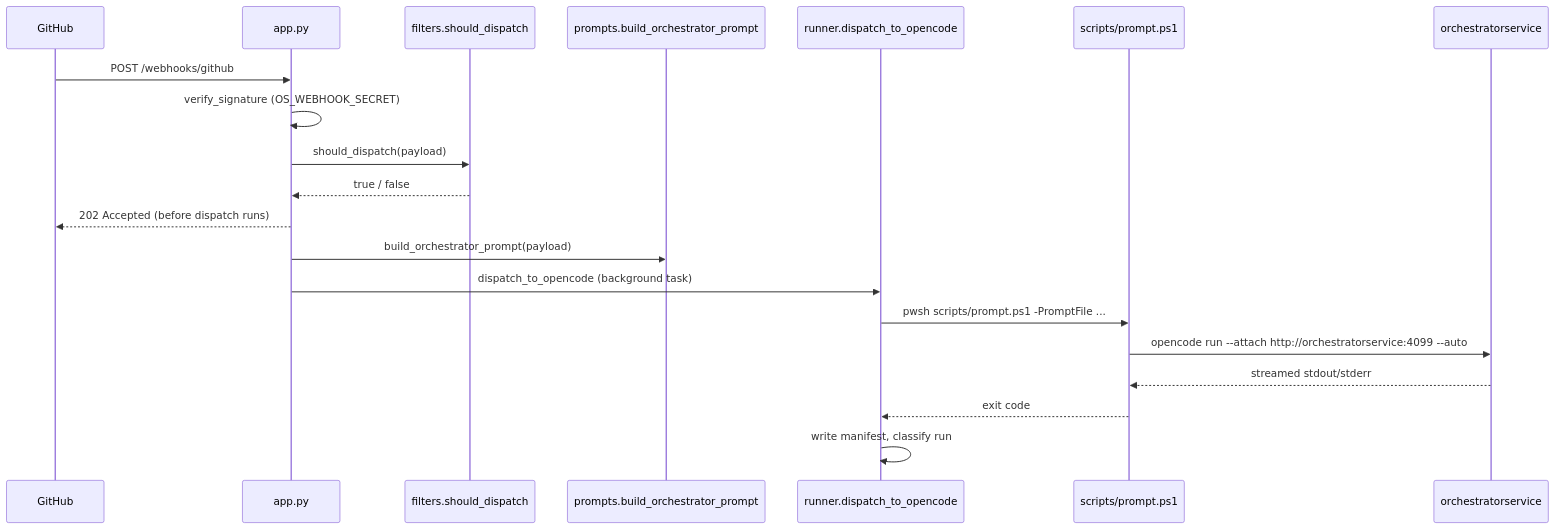
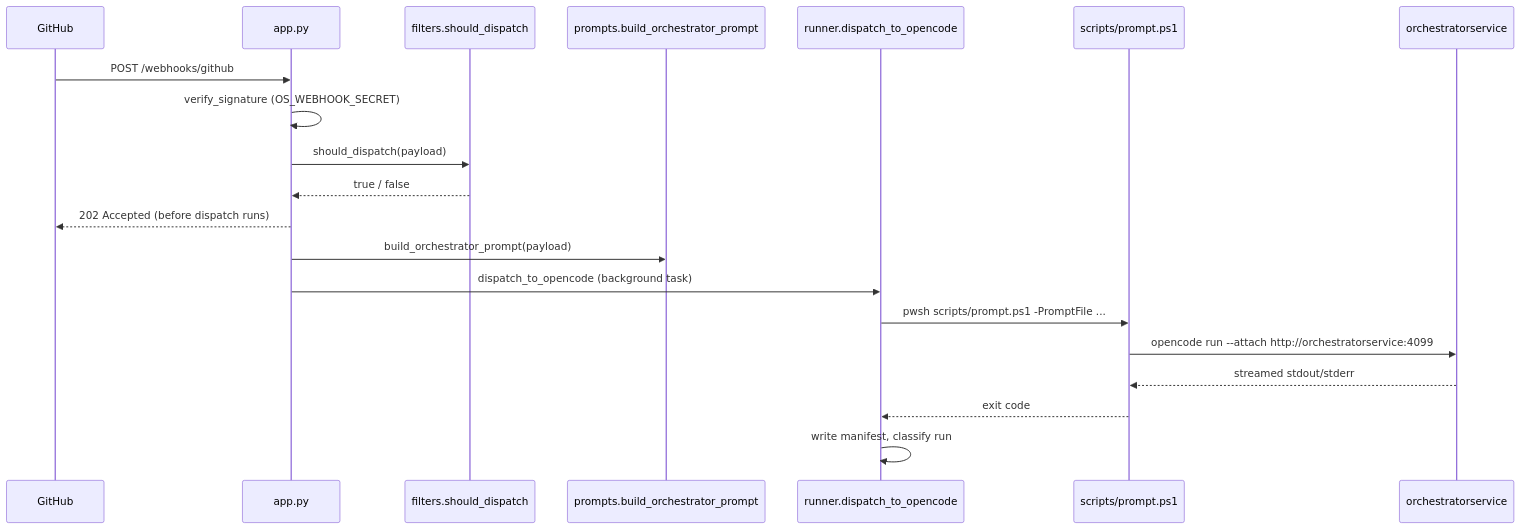
The diagram in droid-wiki/services/webhook-receiver.md (nam20485/orchestrator-service), drawn with Mermaid before and after one commit. The commit also changed 21 other files, not shown here.

````diff
--- a/droid-wiki/services/webhook-receiver.md
+++ b/droid-wiki/services/webhook-receiver.md
@@ -30,23 +30,23 @@
 ```mermaid
 sequenceDiagram
     participant GH as GitHub
     participant App as app.py
     participant Filters as filters.should_dispatch
     participant Prompts as prompts.build_orchestrator_prompt
     participant Runner as runner.dispatch_to_opencode
     participant PS as scripts/prompt.ps1
     participant OC as orchestratorservice
 
     GH->>App: POST /webhooks/github
     App->>App: verify_signature (OS_WEBHOOK_SECRET)
     App->>Filters: should_dispatch(payload)
     Filters-->>App: true / false
     App-->>GH: 202 Accepted (before dispatch runs)
     App->>Prompts: build_orchestrator_prompt(payload)
     App->>Runner: dispatch_to_opencode (background task)
     Runner->>PS: pwsh scripts/prompt.ps1 -PromptFile ...
-    PS->>OC: opencode run --attach http://orchestratorservice:4099 --auto
+    PS->>OC: opencode run --attach http://orchestratorservice:4099
     OC-->>PS: streamed stdout/stderr
     PS-->>Runner: exit code
     Runner->>Runner: write manifest, classify run
 ```
````
